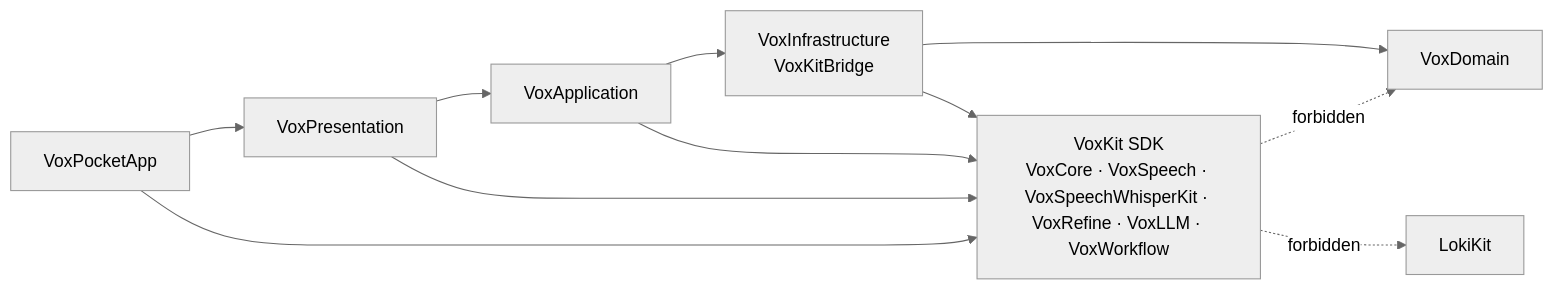
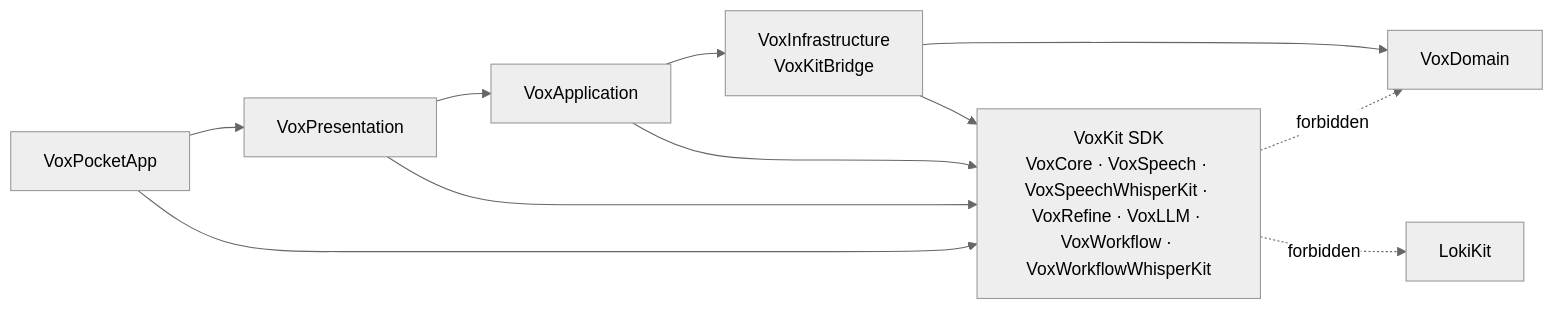
The first of 7 diagrams in docs/architecture/dependency-graph.md (LeePepe/VoxPocket), drawn with Mermaid (neutral theme) before and after one commit. The commit also changed other lines of this file and 37 other files, not shown here.

First line of the commit message:
feat: migrate app workflow to VoxKit presets (#143)

````diff
--- a/docs/architecture/dependency-graph.md
+++ b/docs/architecture/dependency-graph.md
@@ -5,20 +5,20 @@
 ```mermaid
 graph LR
-    VoxKit[VoxKit SDK\nVoxCore · VoxSpeech · VoxSpeechWhisperKit · VoxRefine · VoxLLM · VoxWorkflow]
+    VoxKit[VoxKit SDK\nVoxCore · VoxSpeech · VoxSpeechWhisperKit · VoxRefine · VoxLLM · VoxWorkflow · VoxWorkflowWhisperKit]
     Bridge[VoxInfrastructure\nVoxKitBridge]
     App[VoxApplication]
     Presentation[VoxPresentation]
     Shell[VoxPocketApp]
     Domain[VoxDomain]
     Loki[LokiKit]
     Bridge --> VoxKit
     App --> VoxKit
     Presentation --> VoxKit
     Shell --> VoxKit
     Bridge --> Domain
     App --> Bridge
     Presentation --> App
     Shell --> Presentation
     VoxKit -. forbidden .-> Domain
     VoxKit -. forbidden .-> Loki
 ```
````
